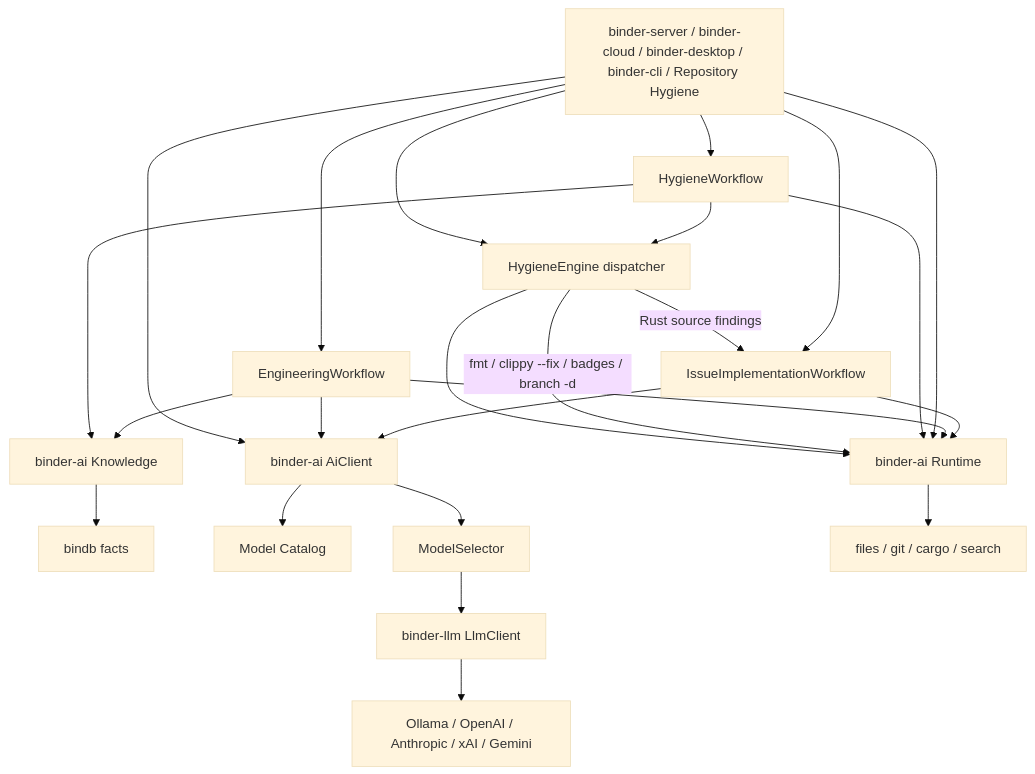
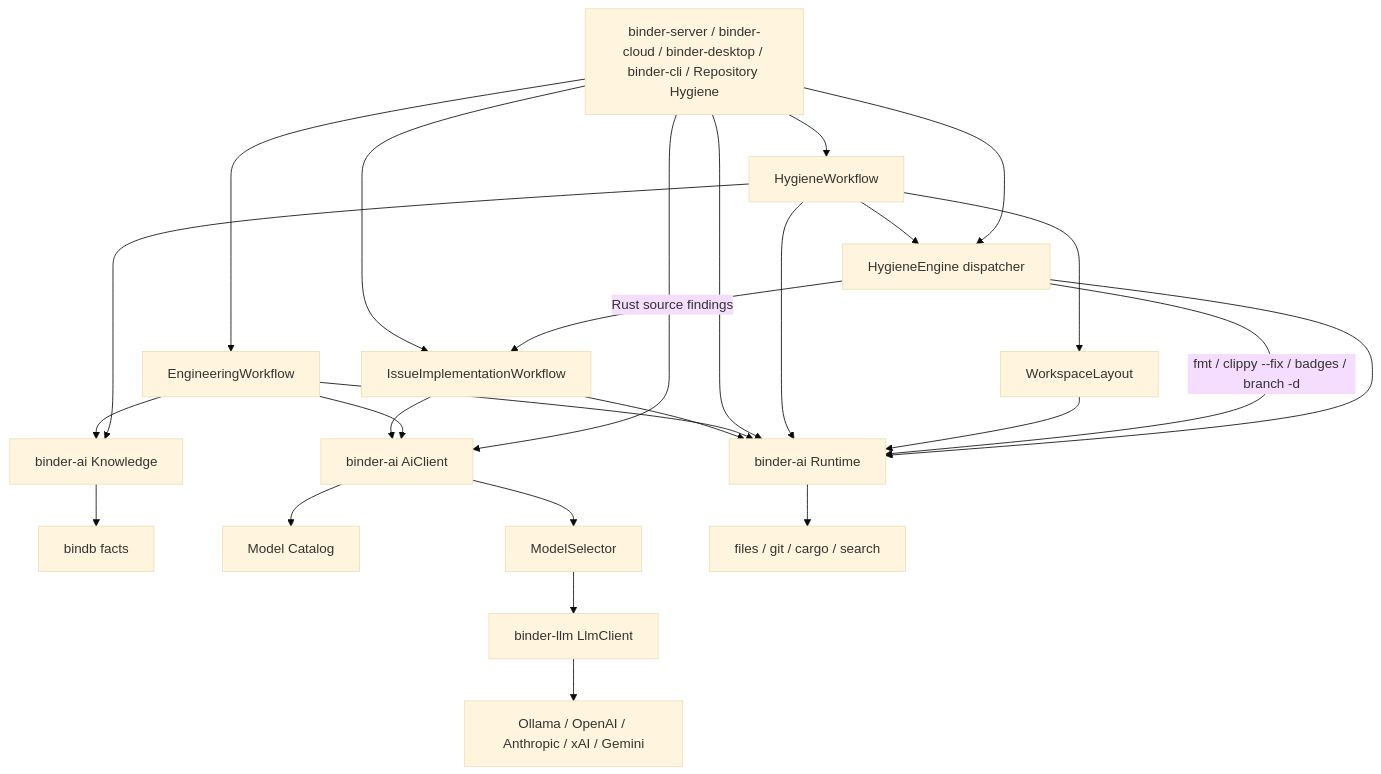
One commit to dpkimball/binder-ai changed the diagram in docs/as-built/architecture.md. Above: the diagram before and after it, drawn with Mermaid (base theme). The commit also changed other lines of this file and 14 other files, not shown here.

First line of the commit message:
Resolve semantic inspect sets into the execution workspace.

````diff
--- a/docs/as-built/architecture.md
+++ b/docs/as-built/architecture.md
@@ -5,40 +5,43 @@
 ```mermaid
 flowchart TD
   apps["binder-server / binder-cloud / binder-desktop / binder-cli / Repository Hygiene"]
   ai["binder-ai AiClient"]
   runtime["binder-ai Runtime"]
   knowledge["binder-ai Knowledge"]
+  resolve["WorkspaceLayout"]
   bindb["bindb facts"]
   hygiene["HygieneEngine dispatcher"]
   hygieneWf["HygieneWorkflow"]
   wf["IssueImplementationWorkflow"]
   eng["EngineeringWorkflow"]
   catalog["Model Catalog"]
   selector["ModelSelector"]
   llm["binder-llm LlmClient"]
   providers["Ollama / OpenAI / Anthropic / xAI / Gemini"]
   env["files / git / cargo / search"]
   apps --> hygiene
   hygiene --> runtime
   hygiene -->|"Rust source findings"| wf
   hygiene -->|"fmt / clippy --fix / badges / branch -d"| runtime
   apps --> hygieneWf
   hygieneWf --> knowledge
+  hygieneWf --> resolve
+  resolve --> runtime
   hygieneWf --> hygiene
   hygieneWf --> runtime
   apps --> ai
   apps --> runtime
   apps --> wf
   apps --> eng
   eng --> knowledge
   knowledge --> bindb
   eng --> ai
   eng --> runtime
   wf --> ai
   wf --> runtime
   ai --> catalog
   ai --> selector
   selector --> llm
   llm --> providers
   runtime --> env
 ```
````
